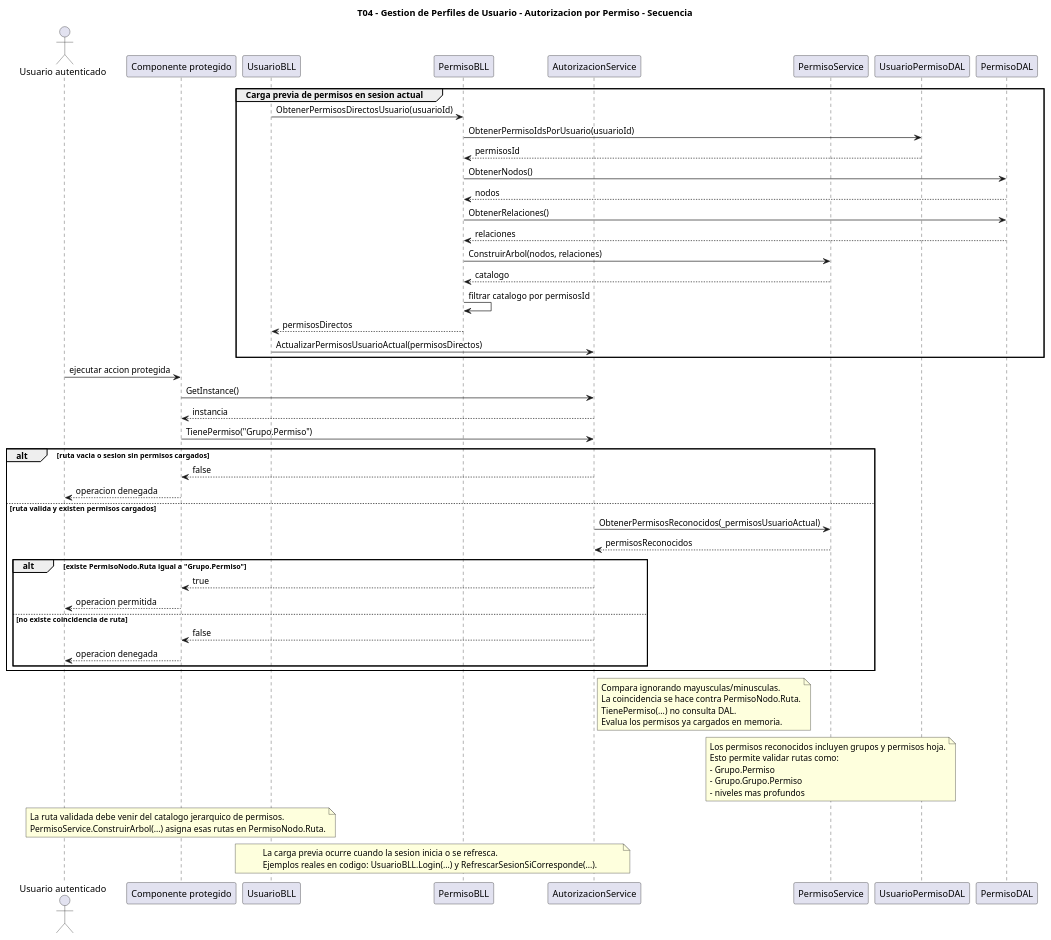
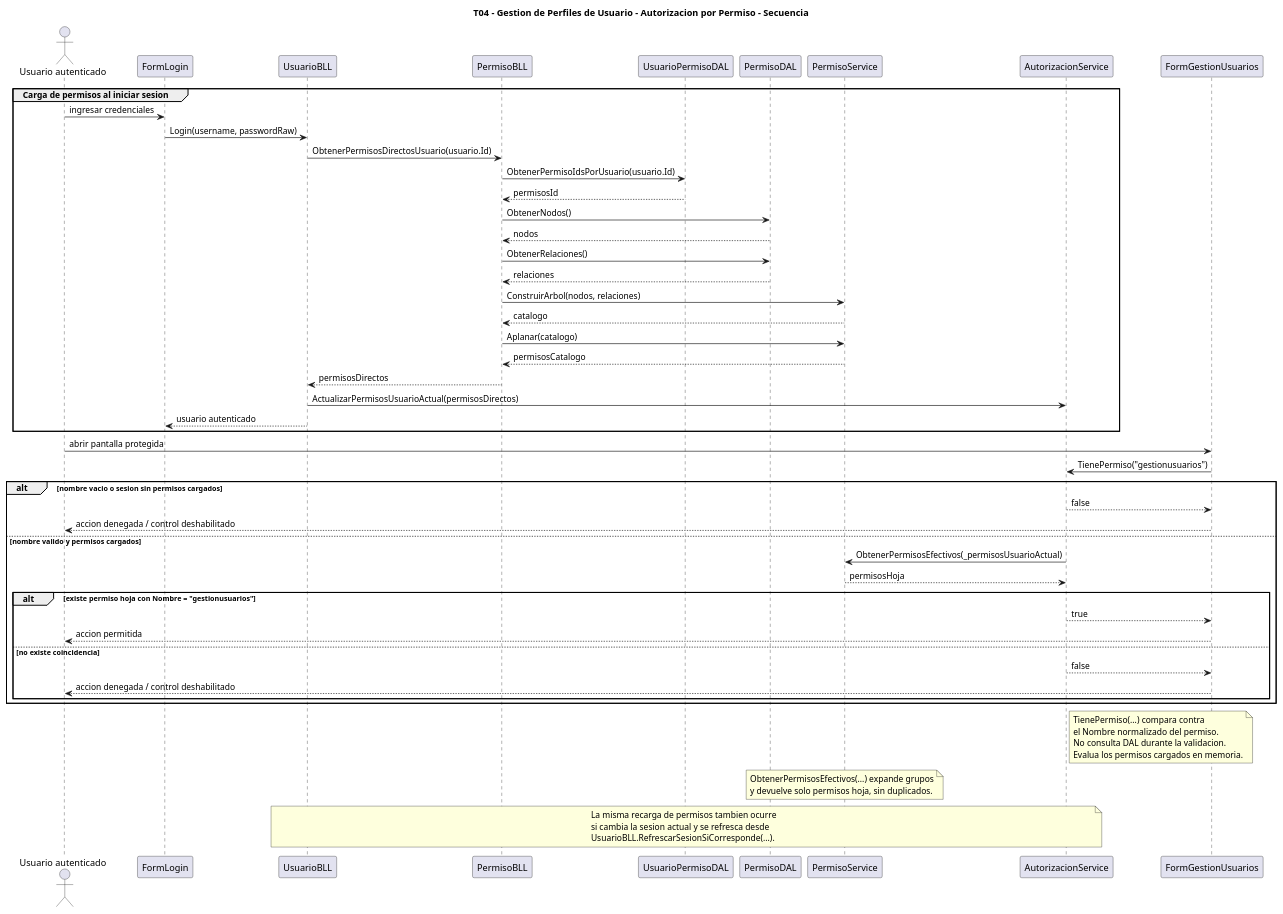
Before and after one commit to aggutierrez98/TP-TD: the diagram in diagramas/T04-perfiles-usuario/T04-perfiles-usuario-autorizacion-secuencia.puml, drawn with PlantUML. The commit also changed 16 other files, not shown here.

```diff
--- a/diagramas/T04-perfiles-usuario/T04-perfiles-usuario-autorizacion-secuencia.puml
+++ b/diagramas/T04-perfiles-usuario/T04-perfiles-usuario-autorizacion-secuencia.puml
@@ -1,74 +1,70 @@
 @startuml
 title T04 - Gestion de Perfiles de Usuario - Autorizacion por Permiso - Secuencia
 
 actor "Usuario autenticado" as UsuarioAutenticado
-participant "Componente protegido" as ComponenteProtegido
+participant "FormLogin" as FormLogin
 participant "UsuarioBLL" as UsuarioBLL
 participant "PermisoBLL" as PermisoBLL
-participant "AutorizacionService" as AutorizacionService
-participant "PermisoService" as PermisoService
 participant "UsuarioPermisoDAL" as UsuarioPermisoDAL
 participant "PermisoDAL" as PermisoDAL
+participant "PermisoService" as PermisoService
+participant "AutorizacionService" as AutorizacionService
+participant "FormGestionUsuarios" as FormGestionUsuarios
 
-group Carga previa de permisos en sesion actual
-  UsuarioBLL -> PermisoBLL : ObtenerPermisosDirectosUsuario(usuarioId)
-  PermisoBLL -> UsuarioPermisoDAL : ObtenerPermisoIdsPorUsuario(usuarioId)
+group Carga de permisos al iniciar sesion
+  UsuarioAutenticado -> FormLogin : ingresar credenciales
+  FormLogin -> UsuarioBLL : Login(username, passwordRaw)
+  UsuarioBLL -> PermisoBLL : ObtenerPermisosDirectosUsuario(usuario.Id)
+  PermisoBLL -> UsuarioPermisoDAL : ObtenerPermisoIdsPorUsuario(usuario.Id)
   UsuarioPermisoDAL --> PermisoBLL : permisosId
   PermisoBLL -> PermisoDAL : ObtenerNodos()
   PermisoDAL --> PermisoBLL : nodos
   PermisoBLL -> PermisoDAL : ObtenerRelaciones()
   PermisoDAL --> PermisoBLL : relaciones
   PermisoBLL -> PermisoService : ConstruirArbol(nodos, relaciones)
   PermisoService --> PermisoBLL : catalogo
-  PermisoBLL -> PermisoBLL : filtrar catalogo por permisosId
+  PermisoBLL -> PermisoService : Aplanar(catalogo)
+  PermisoService --> PermisoBLL : permisosCatalogo
   PermisoBLL --> UsuarioBLL : permisosDirectos
   UsuarioBLL -> AutorizacionService : ActualizarPermisosUsuarioActual(permisosDirectos)
+  UsuarioBLL --> FormLogin : usuario autenticado
 end
 
-UsuarioAutenticado -> ComponenteProtegido : ejecutar accion protegida
-ComponenteProtegido -> AutorizacionService : GetInstance()
-AutorizacionService --> ComponenteProtegido : instancia
-ComponenteProtegido -> AutorizacionService : TienePermiso("Grupo.Permiso")
+UsuarioAutenticado -> FormGestionUsuarios : abrir pantalla protegida
+FormGestionUsuarios -> AutorizacionService : TienePermiso("gestionusuarios")
 
-alt ruta vacia o sesion sin permisos cargados
-  AutorizacionService --> ComponenteProtegido : false
-  ComponenteProtegido --> UsuarioAutenticado : operacion denegada
-else ruta valida y existen permisos cargados
-  AutorizacionService -> PermisoService : ObtenerPermisosReconocidos(_permisosUsuarioActual)
-  PermisoService --> AutorizacionService : permisosReconocidos
+alt nombre vacio o sesion sin permisos cargados
+  AutorizacionService --> FormGestionUsuarios : false
+  FormGestionUsuarios --> UsuarioAutenticado : accion denegada / control deshabilitado
+else nombre valido y permisos cargados
+  AutorizacionService -> PermisoService : ObtenerPermisosEfectivos(_permisosUsuarioActual)
+  PermisoService --> AutorizacionService : permisosHoja
 
-  alt existe PermisoNodo.Ruta igual a "Grupo.Permiso"
-    AutorizacionService --> ComponenteProtegido : true
-    ComponenteProtegido --> UsuarioAutenticado : operacion permitida
-  else no existe coincidencia de ruta
-    AutorizacionService --> ComponenteProtegido : false
-    ComponenteProtegido --> UsuarioAutenticado : operacion denegada
+  alt existe permiso hoja con Nombre = "gestionusuarios"
+    AutorizacionService --> FormGestionUsuarios : true
+    FormGestionUsuarios --> UsuarioAutenticado : accion permitida
+  else no existe coincidencia
+    AutorizacionService --> FormGestionUsuarios : false
+    FormGestionUsuarios --> UsuarioAutenticado : accion denegada / control deshabilitado
   end
 end
 
 note right of AutorizacionService
-Compara ignorando mayusculas/minusculas.
-La coincidencia se hace contra PermisoNodo.Ruta.
-TienePermiso(...) no consulta DAL.
-Evalua los permisos ya cargados en memoria.
+TienePermiso(...) compara contra
+el Nombre normalizado del permiso.
+No consulta DAL durante la validacion.
+Evalua los permisos cargados en memoria.
 end note
 
 note over PermisoService
-Los permisos reconocidos incluyen grupos y permisos hoja.
-Esto permite validar rutas como:
-- Grupo.Permiso
-- Grupo.Grupo.Permiso
-- niveles mas profundos
+ObtenerPermisosEfectivos(...) expande grupos
+y devuelve solo permisos hoja, sin duplicados.
 end note
 
-note over ComponenteProtegido
-La ruta validada debe venir del catalogo jerarquico de permisos.
-PermisoService.ConstruirArbol(...) asigna esas rutas en PermisoNodo.Ruta.
-end note
-
-note over UsuarioBLL,AutorizacionService
-La carga previa ocurre cuando la sesion inicia o se refresca.
-Ejemplos reales en codigo: UsuarioBLL.Login(...) y RefrescarSesionSiCorresponde(...).
+note over UsuarioBLL, AutorizacionService
+La misma recarga de permisos tambien ocurre
+si cambia la sesion actual y se refresca desde
+UsuarioBLL.RefrescarSesionSiCorresponde(...).
 end note
 
 @enduml
```
